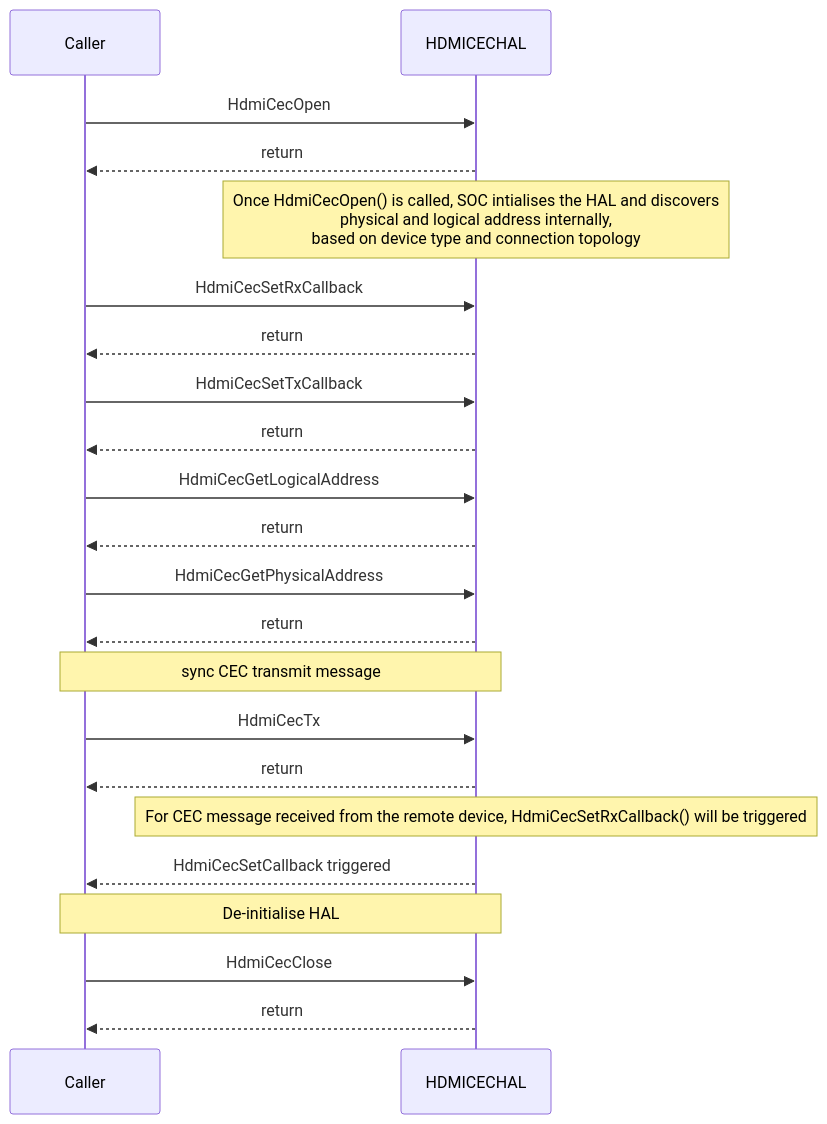
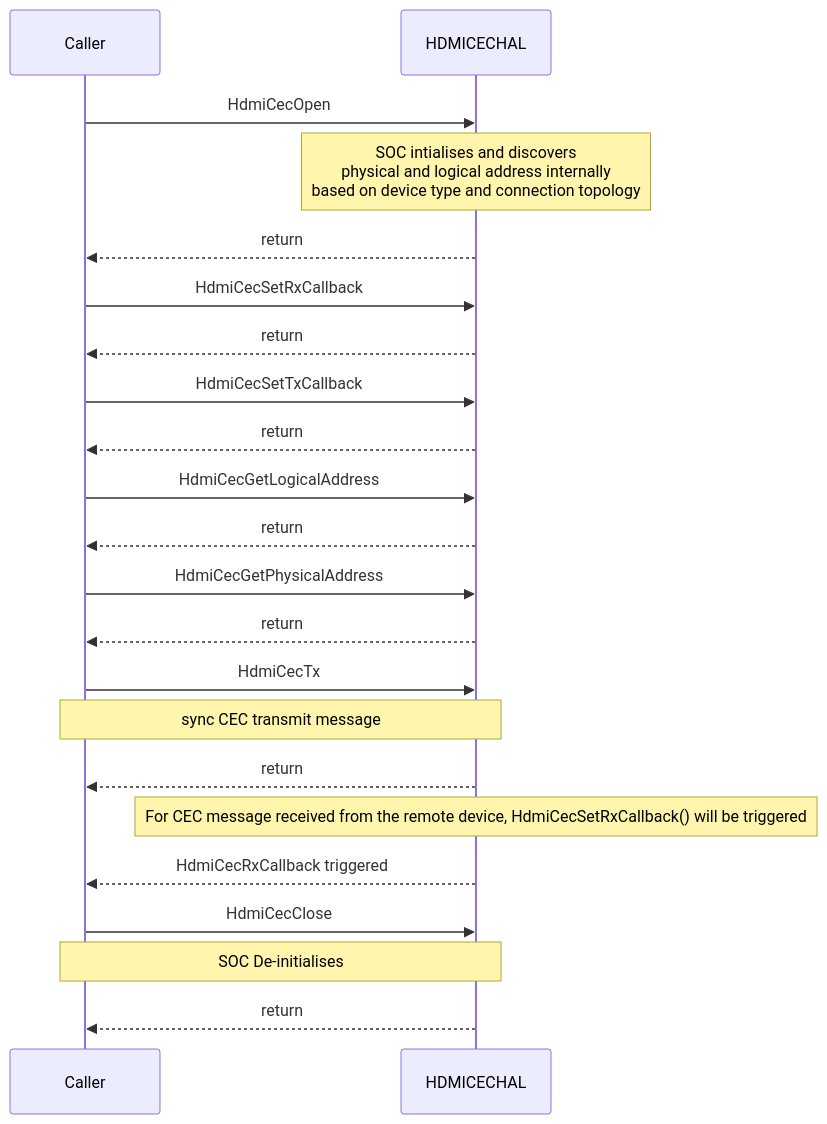
One commit to rdkcentral/rdk-halif-hdmi_cec changed the second of 2 diagrams in docs/pages/halSpec.md. Above: the diagram before and after it, drawn with Mermaid. The commit also changed other lines of this file, not shown here.

````diff
--- a/docs/pages/halSpec.md
+++ b/docs/pages/halSpec.md
@@ -145,23 +139,23 @@
 ```mermaid
 %%{ init : { "theme" : "default", "flowchart" : { "curve" : "stepBefore" }}}%%
    sequenceDiagram
     Caller->>HDMICECHAL:HdmiCecOpen
+    Note over HDMICECHAL: SOC intialises and discovers <br> physical and logical address internally <br> based on device type and connection topology
     HDMICECHAL-->>Caller:return
-    Note over HDMICECHAL: Once HdmiCecOpen() is called, SOC intialises the HAL and discovers <br> physical and logical address internally, <br> based on device type and connection topology
     Caller->>HDMICECHAL:HdmiCecSetRxCallback
     HDMICECHAL-->>Caller:return
     Caller->>HDMICECHAL:HdmiCecSetTxCallback
     HDMICECHAL-->>Caller:return
     Caller ->>HDMICECHAL:HdmiCecGetLogicalAddress
     HDMICECHAL-->>Caller:return
     Caller ->>HDMICECHAL:HdmiCecGetPhysicalAddress
     HDMICECHAL-->>Caller:return
+    Caller ->>HDMICECHAL:HdmiCecTx
     Note over Caller,HDMICECHAL: sync CEC transmit message
-    Caller ->>HDMICECHAL:HdmiCecTx
     HDMICECHAL-->>Caller:return
     Note over HDMICECHAL: For CEC message received from the remote device, HdmiCecSetRxCallback() will be triggered
-    HDMICECHAL-->>Caller:HdmiCecSetCallback triggered
-    Note over Caller,HDMICECHAL: De-initialise HAL
+    HDMICECHAL-->>Caller:HdmiCecRxCallback triggered
     Caller ->>HDMICECHAL:HdmiCecClose
+    Note over Caller,HDMICECHAL: SOC De-initialises 
     HDMICECHAL-->>Caller:return
  ```
````
